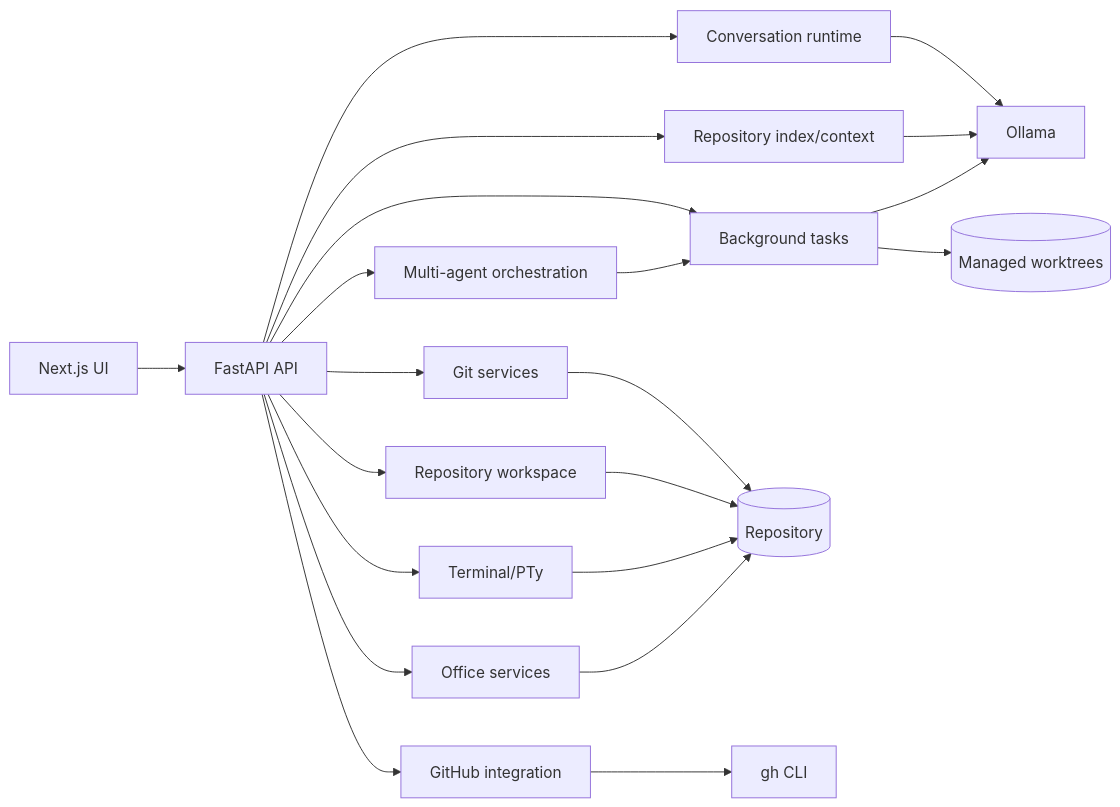
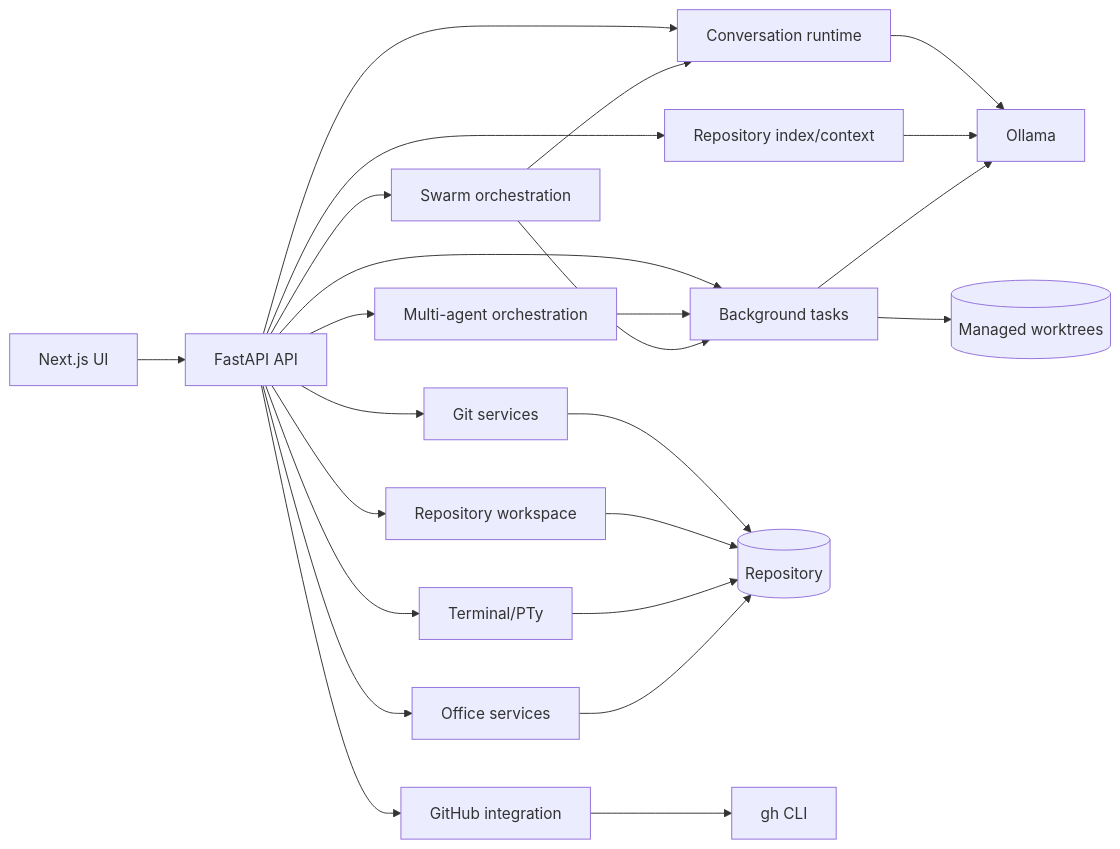
Before and after one commit to zageabb/olladex: the diagram in docs/MODULES_AND_EXTENSIONS.md, drawn with Mermaid. The commit also changed other lines of this file, not shown here.

Commit message:
docs(swarm): document module ownership and boundaries

````diff
--- a/docs/MODULES_AND_EXTENSIONS.md
+++ b/docs/MODULES_AND_EXTENSIONS.md
@@ -10,23 +10,26 @@
 ```mermaid
 flowchart LR
     UI[Next.js UI] --> API[FastAPI API]
     API --> Runtime[Conversation runtime]
     API --> Workspace[Repository workspace]
     API --> Tasks[Background tasks]
     API --> Orchestration[Multi-agent orchestration]
+    API --> Swarm[Swarm orchestration]
     API --> Git[Git services]
     API --> GH[GitHub integration]
     API --> Terminal[Terminal/PTy]
     API --> Office[Office services]
     API --> Index[Repository index/context]
     Runtime --> Ollama[Ollama]
     Index --> Ollama
     Tasks --> Ollama
     Orchestration --> Tasks
+    Swarm --> Tasks
+    Swarm --> Runtime
     Git --> Repo[(Repository)]
     Workspace --> Repo
     Terminal --> Repo
     Office --> Repo
     Tasks --> Worktrees[(Managed worktrees)]
     GH --> CLI[gh CLI]
 ```
````
